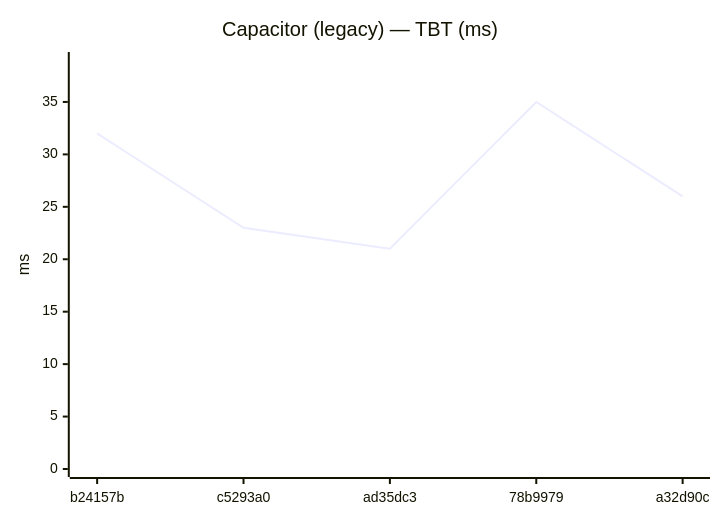
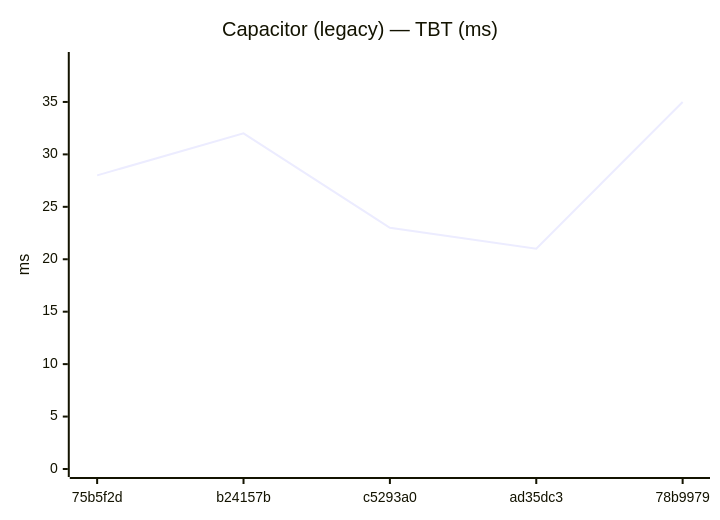
Before and after one commit to Metaheurist/Rianell: diagram 14 of 24 in benchmarks/compare.md, drawn with Mermaid. The commit also changed other lines of this file and 14 other files, not shown here.

````diff
--- a/benchmarks/compare.md
+++ b/benchmarks/compare.md
@@ -201,7 +201,7 @@
 ```mermaid
 xychart-beta
     title "Capacitor (legacy) — TBT (ms)"
-    x-axis ["b24157b", "c5293a0", "ad35dc3", "78b9979", "a32d90c"]
+    x-axis ["75b5f2d", "b24157b", "c5293a0", "ad35dc3", "78b9979"]
     y-axis "ms" 0 --> 39
-    line [32, 23, 21, 35, 26]
+    line [28, 32, 23, 21, 35]
 ```
````
